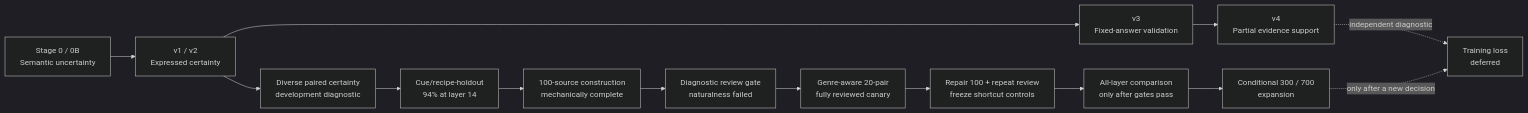
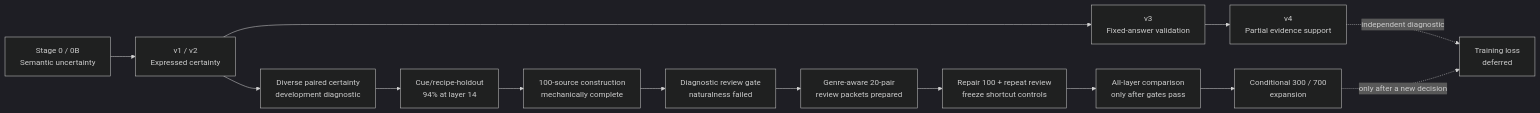
Before and after one commit to WenyiJin2003/mechanistic-confidence-sdt: the diagram in README.md, drawn with Mermaid (dark theme). The commit also changed other lines of this file and 13 other files, not shown here.

Commit message:
Add genre-aware v3.8 review canary

````diff
--- a/README.md
+++ b/README.md
@@ -108,16 +114,16 @@
 ```mermaid
 flowchart LR
     U["Stage 0 / 0B<br/>Semantic uncertainty"] --> C["v1 / v2<br/>Expressed certainty"]
     C --> S["v3<br/>Fixed-answer validation"]
     S --> E["v4<br/>Partial evidence support"]
     C --> D["Diverse paired certainty<br/>development diagnostic"]
     D --> H["Cue/recipe-holdout<br/>94% at layer 14"]
     E -. "independent diagnostic" .-> T["Training loss<br/>deferred"]
     H --> X["100-source construction<br/>mechanically complete"]
     X --> R["Diagnostic review gate<br/>naturalness failed"]
-    R --> K["Genre-aware 20-pair<br/>fully reviewed canary"]
+    R --> K["Genre-aware 20-pair<br/>review packets prepared"]
     K --> M["Repair 100 + repeat review<br/>freeze shortcut controls"]
     M --> Y["All-layer comparison<br/>only after gates pass"]
     Y --> Z["Conditional 300 / 700<br/>expansion"]
     Z -. "only after a new decision" .-> T
 ```
````
